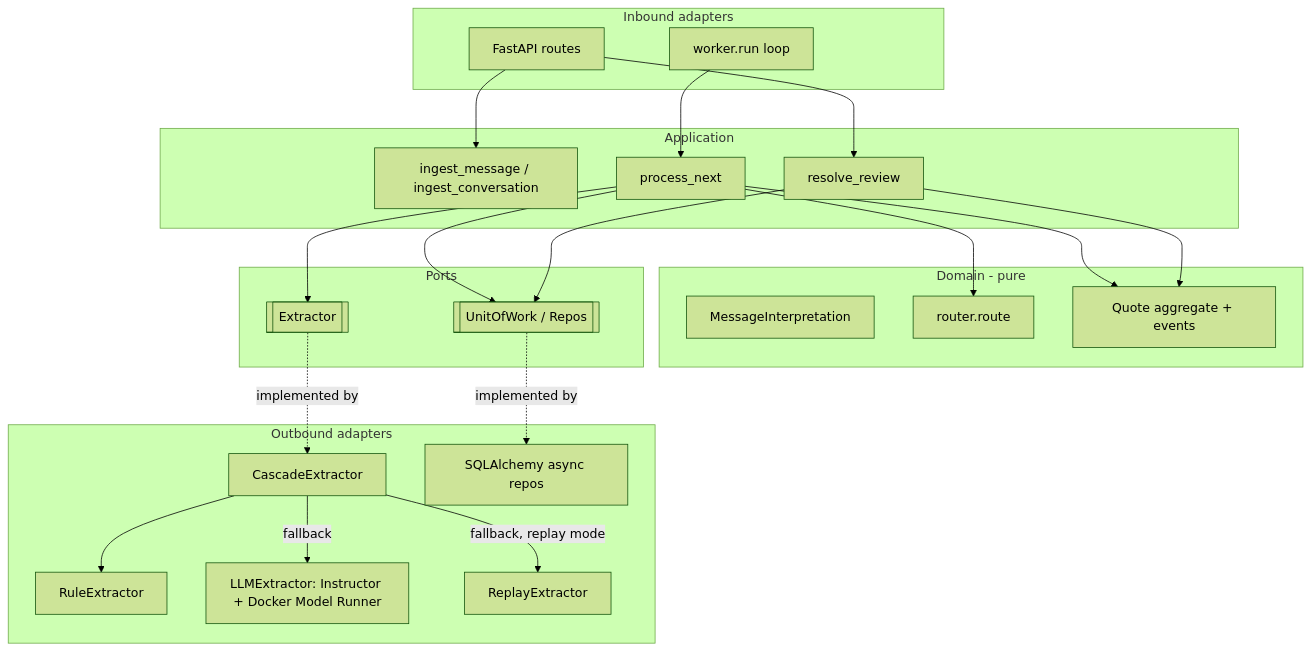
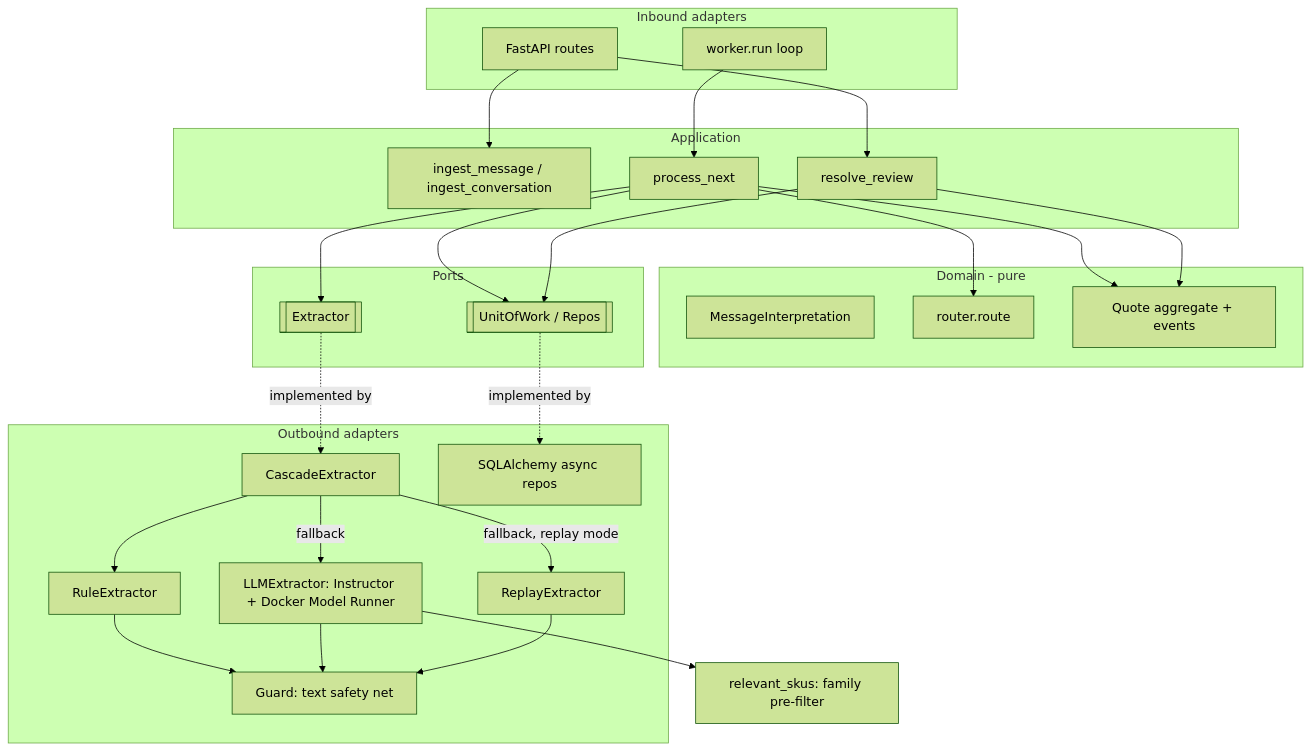
Before and after one commit to gsmkev/quote-engine: the second of 4 diagrams in docs/HLD.md, drawn with Mermaid (forest theme). The commit also changed other lines of this file and 3 other files, not shown here.

````diff
--- a/docs/HLD.md
+++ b/docs/HLD.md
@@ -55,37 +57,41 @@
 ```mermaid
 flowchart TB
   subgraph adapters_in[Inbound adapters]
     HTTP[FastAPI routes]
     WK[worker.run loop]
   end
   subgraph app[Application]
     ING[ingest_message / ingest_conversation]
     PIPE[process_next]
     REV[resolve_review]
   end
   subgraph domain[Domain - pure]
     INT[MessageInterpretation]
     ROUTER[router.route]
     AGG[Quote aggregate + events]
   end
   subgraph ports[Ports]
     EXT[[Extractor]]
     UOW[[UnitOfWork / Repos]]
   end
   subgraph adapters_out[Outbound adapters]
     RULES[RuleExtractor]
     LLM[LLMExtractor: Instructor + Docker Model Runner]
     CASC[CascadeExtractor]
     REPLAY[ReplayExtractor]
+    GUARD[Guard: text safety net]
     SQL[SQLAlchemy async repos]
   end
+  FILTER[relevant_skus: family pre-filter]
   HTTP --> ING & REV
   WK --> PIPE
   PIPE --> EXT & ROUTER & AGG & UOW
   REV --> AGG & UOW
   CASC --> RULES
   CASC -->|fallback| LLM
   CASC -->|fallback, replay mode| REPLAY
+  RULES & LLM & REPLAY --> GUARD
+  LLM --> FILTER
   EXT -.implemented by.-> CASC
   UOW -.implemented by.-> SQL
 ```
````
